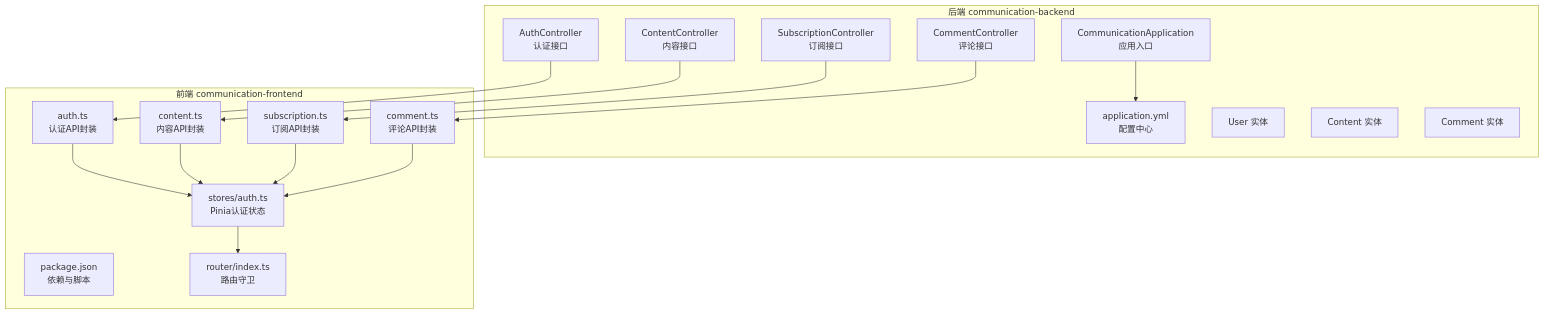
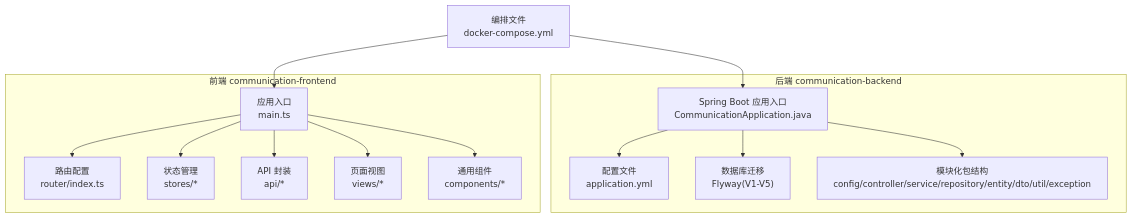
Before and after one commit to koala-xiong/communication-qoder: the first of 7 diagrams in .qoder/repowiki/zh/content/项目概述.md, drawn with Mermaid. The commit also changed other lines of this file and 73 other files, not shown here.

````diff
--- a/.qoder/repowiki/zh/content/项目概述.md
+++ b/.qoder/repowiki/zh/content/项目概述.md
@@ -44,33 +41,28 @@
 ```mermaid
 graph TB
 subgraph "后端 communication-backend"
-BA["CommunicationApplication<br/>应用入口"]
-CFG["application.yml<br/>配置中心"]
-API_AUTH["AuthController<br/>认证接口"]
-API_CONTENT["ContentController<br/>内容接口"]
-API_SUB["SubscriptionController<br/>订阅接口"]
-API_COMMENT["CommentController<br/>评论接口"]
-ENT_USER["User 实体"]
-ENT_CONTENT["Content 实体"]
-ENT_COMMENT["Comment 实体"]
+BA["Spring Boot 应用入口<br/>CommunicationApplication.java"]
+CFG["配置文件<br/>application.yml"]
+DBM["数据库迁移<br/>Flyway(V1-V5)"]
+MOD["模块化包结构<br/>config/controller/service/repository/entity/dto/util/exception"]
 end
 subgraph "前端 communication-frontend"
-FE_PKG["package.json<br/>依赖与脚本"]
-FE_API_AUTH["auth.ts<br/>认证API封装"]
-FE_API_CONTENT["content.ts<br/>内容API封装"]
-FE_API_SUB["subscription.ts<br/>订阅API封装"]
-FE_API_COMMENT["comment.ts<br/>评论API封装"]
-FE_STORE_AUTH["stores/auth.ts<br/>Pinia认证状态"]
-FE_ROUTER["router/index.ts<br/>路由守卫"]
+FE_APP["应用入口<br/>main.ts"]
+ROUTER["路由配置<br/>router/index.ts"]
+STORES["状态管理<br/>stores/*"]
+API["API 封装<br/>api/*"]
+VIEWS["页面视图<br/>views/*"]
+COMPS["通用组件<br/>components/*"]
 end
+DC["编排文件<br/>docker-compose.yml"]
+FE_APP --> ROUTER
+FE_APP --> STORES
+FE_APP --> API
+FE_APP --> VIEWS
+FE_APP --> COMPS
 BA --> CFG
-API_AUTH --> FE_API_AUTH
-API_CONTENT --> FE_API_CONTENT
-API_SUB --> FE_API_SUB
-API_COMMENT --> FE_API_COMMENT
-FE_STORE_AUTH --> FE_ROUTER
-FE_API_AUTH --> FE_STORE_AUTH
-FE_API_CONTENT --> FE_STORE_AUTH
-FE_API_SUB --> FE_STORE_AUTH
-FE_API_COMMENT --> FE_STORE_AUTH
+BA --> DBM
+BA --> MOD
+DC --> BA
+DC --> FE_APP
 ```
````
